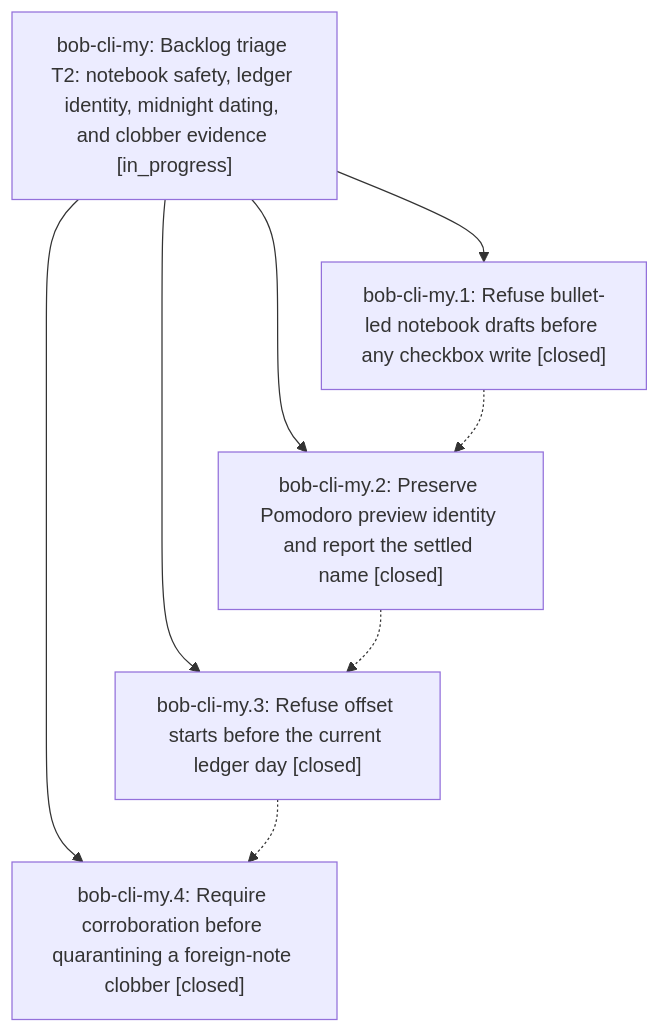
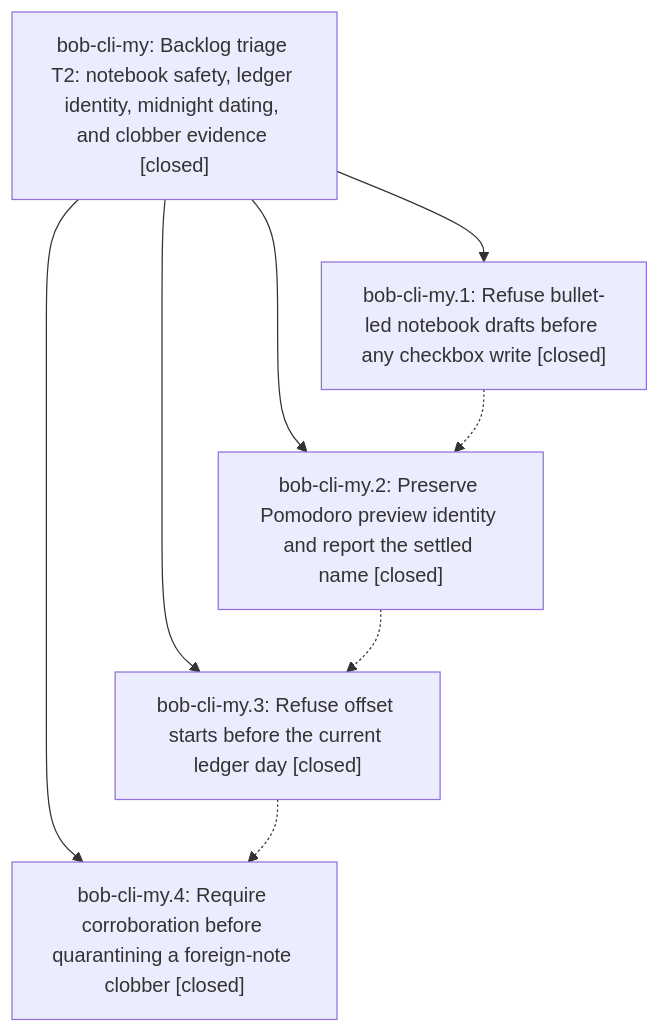
Before and after one commit to bobs-org/bob-cli--beads: the diagram in pages/bob-cli-my/README.md, drawn with Mermaid. The commit also changed other lines of this file and 1 other file, not shown here.

First line of the commit message:
chore(beads): sync bead state and pages for bob-cli-my

````diff
--- a/pages/bob-cli-my/README.md
+++ b/pages/bob-cli-my/README.md
@@ -39,15 +53,15 @@
 ```mermaid
 flowchart TD
-    n0["bob-cli-my: Backlog triage T2: notebook safety, ledger identity, midnight dating, and clobber evidence [in_progress]"]
+    n0["bob-cli-my: Backlog triage T2: notebook safety, ledger identity, midnight dating, and clobber evidence [closed]"]
     n1["bob-cli-my.1: Refuse bullet-led notebook drafts before any checkbox write [closed]"]
     n2["bob-cli-my.2: Preserve Pomodoro preview identity and report the settled name [closed]"]
     n3["bob-cli-my.3: Refuse offset starts before the current ledger day [closed]"]
     n4["bob-cli-my.4: Require corroboration before quarantining a foreign-note clobber [closed]"]
     n0 --> n1
     n0 --> n2
     n0 --> n3
     n0 --> n4
     n1 -.-> n2
     n2 -.-> n3
     n3 -.-> n4
 ```
````
